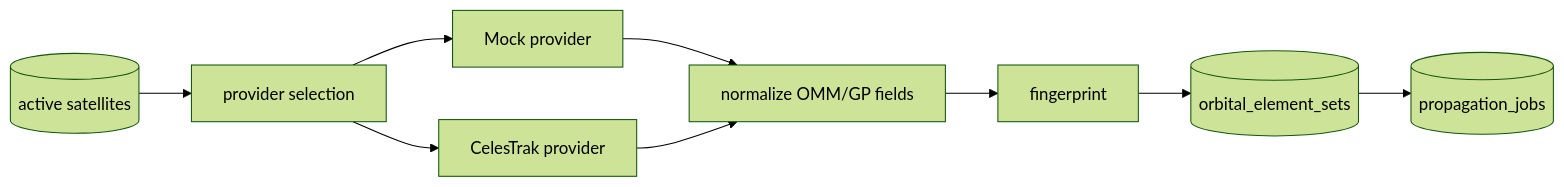
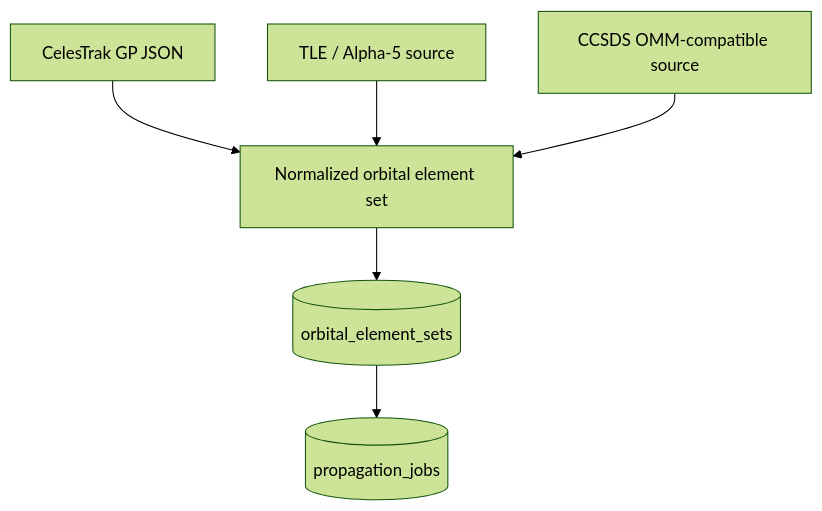
One commit to ExoSpaceLabs/world-sat-monitor changed the fifth of 6 diagrams in docs/architecture.md. Above: the diagram before and after it, drawn with Mermaid (forest theme). The commit also changed other lines of this file and 11 other files, not shown here.

````diff
--- a/docs/architecture.md
+++ b/docs/architecture.md
@@ -95,11 +109,8 @@
 ```mermaid
-flowchart LR
-    CAT[(active satellites)] --> SEL[provider selection]
-    SEL --> MOCK[Mock provider]
-    SEL --> CEL[CelesTrak provider]
-    MOCK --> N[normalize OMM/GP fields]
-    CEL --> N
-    N --> FP[fingerprint]
-    FP --> E[(orbital_element_sets)]
+flowchart TD
+    GP[CelesTrak GP JSON] --> N[Normalized orbital element set]
+    TLE[TLE / Alpha-5 source] --> N
+    OMM[CCSDS OMM-compatible source] --> N
+    N --> E[(orbital_element_sets)]
     E --> J[(propagation_jobs)]
 ```
````
